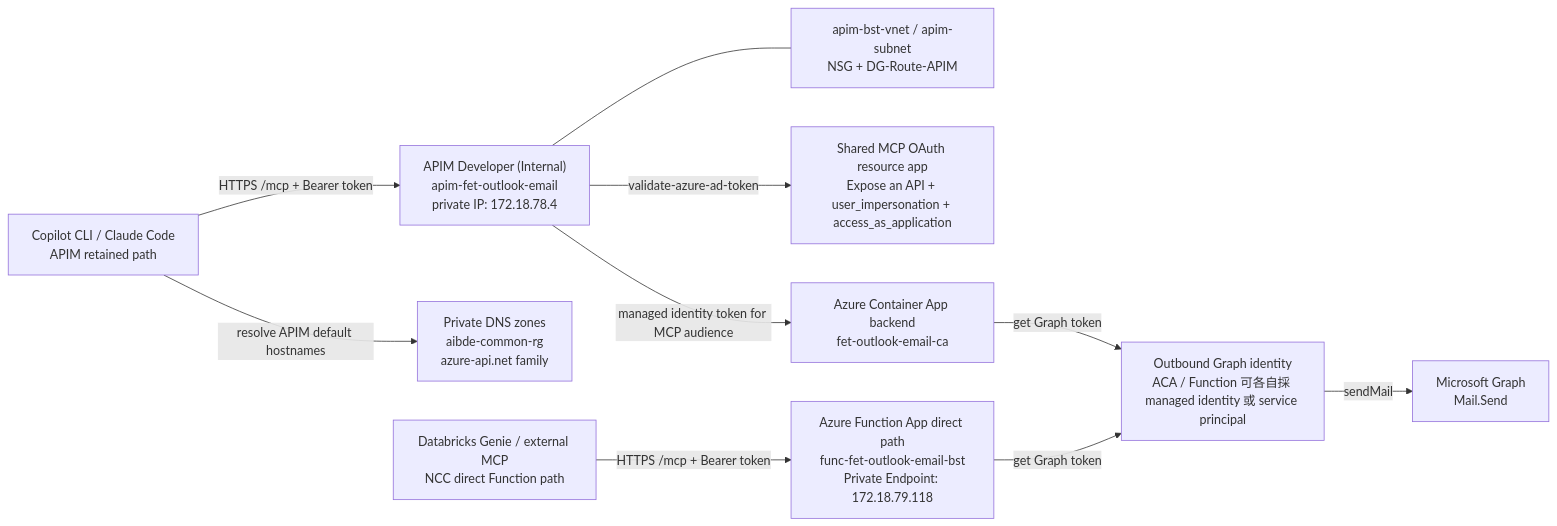
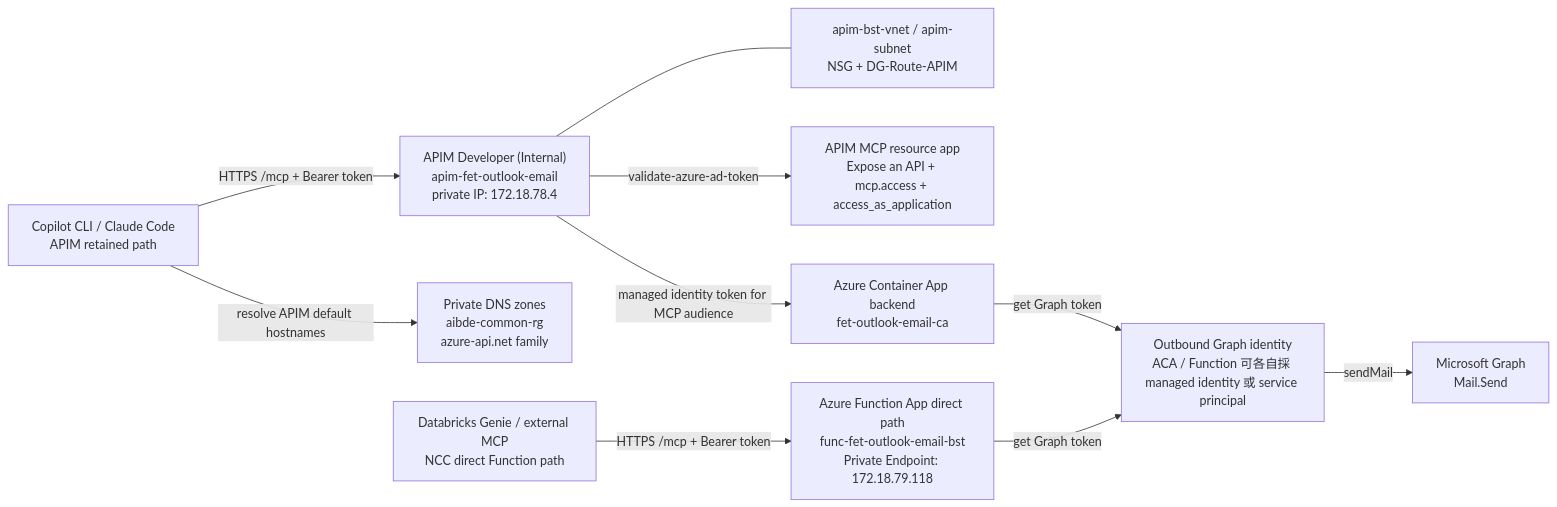
The first of 2 diagrams in outlook-email/README.md (Fet-ycliang/mcp-dotnet-samples), drawn with Mermaid before and after one commit. The commit also changed other lines of this file and 24 other files, not shown here.

````diff
--- a/outlook-email/README.md
+++ b/outlook-email/README.md
@@ -1404,23 +1464,23 @@
 ```mermaid
 flowchart LR
     Client["Copilot CLI / Claude Code<br/>APIM retained path"]
     Databricks["Databricks Genie / external MCP<br/>NCC direct Function path"]
     DNS["Private DNS zones<br/>aibde-common-rg<br/>azure-api.net family"]
     APIM["APIM Developer (Internal)<br/>apim-fet-outlook-email<br/>private IP: 172.18.78.4"]
     Net["apim-bst-vnet / apim-subnet<br/>NSG + DG-Route-APIM"]
-    InboundAuth["Shared MCP OAuth resource app<br/>Expose an API + user_impersonation + access_as_application"]
+    InboundAuth["APIM MCP resource app<br/>Expose an API + mcp.access + access_as_application"]
     ACA["Azure Container App backend<br/>fet-outlook-email-ca"]
     Func["Azure Function App direct path<br/>func-fet-outlook-email-bst<br/>Private Endpoint: 172.18.79.118"]
     OutboundAuth["Outbound Graph identity<br/>ACA / Function 可各自採 managed identity 或 service principal"]
     Graph["Microsoft Graph<br/>Mail.Send"]
 
     Client -->|"resolve APIM default hostnames"| DNS
     Client -->|"HTTPS /mcp + Bearer token"| APIM
     APIM --- Net
     APIM -->|"validate-azure-ad-token"| InboundAuth
     Databricks -->|"HTTPS /mcp + Bearer token"| Func
     APIM -->|"managed identity token for MCP audience"| ACA
     ACA -->|"get Graph token"| OutboundAuth
     Func -->|"get Graph token"| OutboundAuth
     OutboundAuth -->|"sendMail"| Graph
 ```
````
